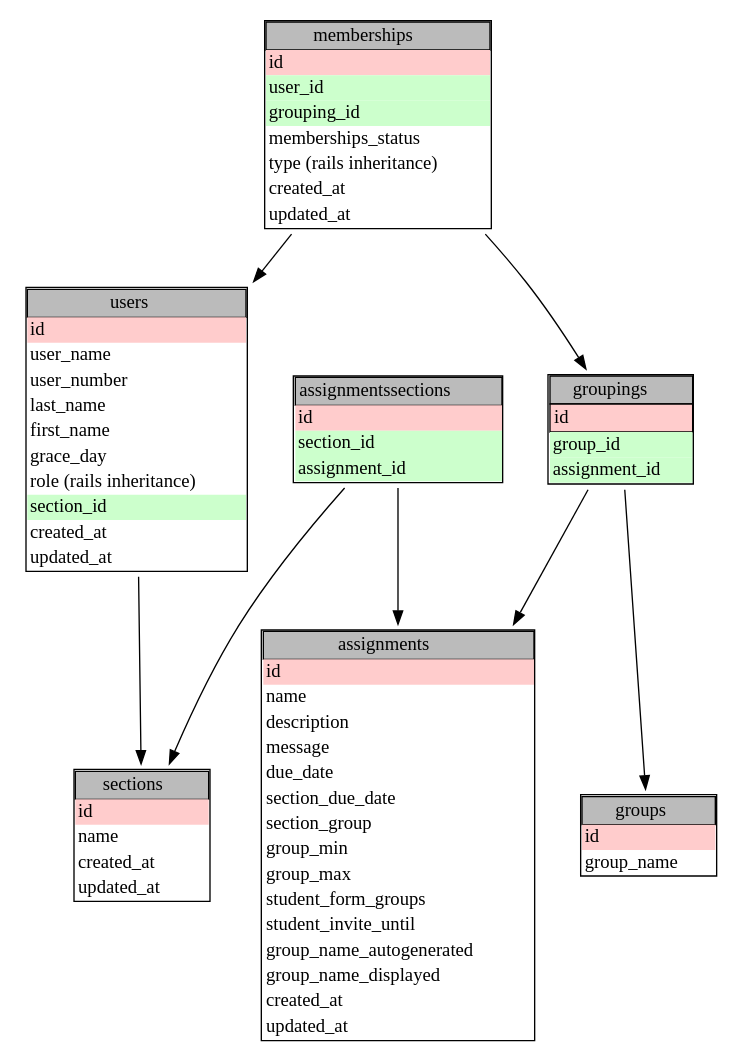
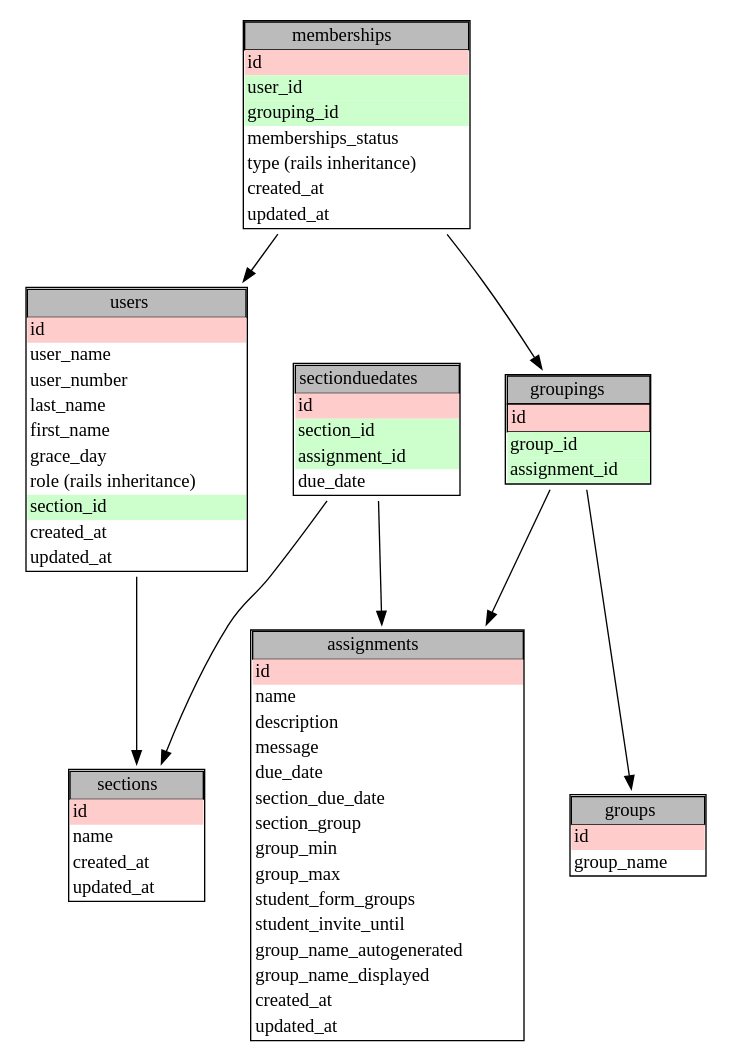
Before and after one commit to cjacques/MarkusReport: the diagram in newSchema.dot, drawn with Graphviz. The commit also changed 3 other files, not shown here.

```diff
--- a/newSchema.dot
+++ b/newSchema.dot
@@ -1,91 +1,92 @@
 digraph G {
    groupings -> groups; 
    groupings -> assignments;
    memberships -> groupings;
    memberships -> users;
    users -> sections;
-   assignmentssections -> assignments;
-   assignmentssections -> sections;
+   sectionduedates -> assignments;
+   sectionduedates -> sections;
 
    sections [url="" label = <<table border="1" cellborder="0"
    cellspacing="0" width="100">
    <tr><td border="1" bgcolor="#bbbbbb" width="100">sections</td></tr>
    <tr><td width="100" bgcolor="#ffcccc" align="left">id</td></tr>
    <tr><td width="100" align="left">name</td></tr>
    <tr><td width="100" align="left">created_at</td></tr>
    <tr><td width="100" align="left">updated_at</td></tr>
    </table>> shape = "plaintext" ];
 
-   assignmentssections [url="" label = <<table border="1" cellborder="0"
+   sectionduedates [url="" label = <<table border="1" cellborder="0"
    cellspacing="0" width="100">
-   <tr><td border="1" bgcolor="#bbbbbb" width="100">assignmentssections</td></tr>
+   <tr><td border="1" bgcolor="#bbbbbb" width="100">sectionduedates</td></tr>
    <tr><td width="100" bgcolor="#ffcccc" align="left">id</td></tr>
    <tr><td width="100" bgcolor="#ccffcc" align="left">section_id</td></tr>
    <tr><td width="100" bgcolor="#ccffcc" align="left">assignment_id</td></tr>
+   <tr><td width="100" align="left">due_date</td></tr>
    </table>> shape = "plaintext" ];
   
    assignments [url="" label = <<table border="1" cellborder="0"
    cellspacing="0" width="100">
    <tr><td border="1" bgcolor="#bbbbbb" width="100">assignments</td></tr>
    <tr><td width="100" bgcolor="#ffcccc" align="left">id</td></tr>
    <tr><td width="100" align="left">name</td></tr>
    <tr><td width="100" align="left">description</td></tr>
    <tr><td width="100" align="left">message</td></tr>
    <tr><td width="100" align="left">due_date</td></tr>
    <tr><td width="100" align="left">section_due_date</td></tr>
    <tr><td width="100" align="left">section_group</td></tr>
    <tr><td width="100" align="left">group_min</td></tr>
    <tr><td width="100" align="left">group_max</td></tr>
    <tr><td width="100" align="left">student_form_groups</td></tr>
    <tr><td width="100" align="left">student_invite_until</td></tr>
    <tr><td width="100" align="left">group_name_autogenerated</td></tr>
    <tr><td width="100" align="left">group_name_displayed</td></tr>
    <tr><td width="100" align="left">created_at</td></tr>
    <tr><td width="100" align="left">updated_at</td></tr>
    </table>> shape = "plaintext" ];
 
    groups [url="" label = <<table border="1" cellborder="0"
    cellspacing="0" width="100">
    <tr><td border="1" bgcolor="#bbbbbb" width="100">groups</td></tr>
    <tr><td width="100" bgcolor="#ffcccc" align="left">id</td></tr> 
    <tr><td width="100" align="left">group_name</td></tr>
    </table>> shape = "plaintext" ];
 
    memberships [url="" label = <<table border="1" cellborder="0"
    cellspacing="0" width="100">
    <tr><td border="1" bgcolor="#bbbbbb" width="100">memberships</td></tr>
    <tr><td width="100" bgcolor="#ffcccc" align="left">id</td></tr>
    <tr><td width="100" bgcolor="#ccffcc" align="left">user_id</td></tr>
    <tr><td width="100" bgcolor="#ccffcc" align="left">grouping_id</td></tr>
    <tr><td width="100" align="left">memberships_status</td></tr>
    <tr><td width="100" align="left">type (rails inheritance)</td></tr>
    <tr><td width="100" align="left">created_at</td></tr>
    <tr><td width="100" align="left">updated_at</td></tr>
    </table>> shape = "plaintext" ];
 
    users [url="" label = <<table border="1" cellborder="0"
    cellspacing="0" width="100">
    <tr><td border="1" bgcolor="#bbbbbb" width="100">users</td></tr>
    <tr><td width="100" bgcolor="#ffcccc" align="left">id</td></tr>
    <tr><td width="100" align="left">user_name</td></tr>
    <tr><td width="100" align="left">user_number</td></tr>
    <tr><td width="100" align="left">last_name</td></tr>
    <tr><td width="100" align="left">first_name</td></tr>
    <tr><td width="100" align="left">grace_day</td></tr>
    <tr><td width="100" align="left">role (rails inheritance)</td></tr>
    <tr><td width="100" bgcolor="#ccffcc" align="left">section_id</td></tr>
    <tr><td width="100" align="left">created_at</td></tr>
    <tr><td width="100" align="left">updated_at</td></tr>
    </table>> shape = "plaintext" ];
 
    groupings [url="" label = <<table border="1" cellborder="0"
    cellspacing="0" width="100">
    <tr><td border="1" bgcolor="#bbbbbb" width="100">groupings</td></tr>
    <tr><td border="1" bgcolor="#ffcccc" width="100" align="left">id</td></tr>
    <tr><td width="100" bgcolor="#ccffcc" align="left">group_id</td></tr>
    <tr><td width="100" align="left" bgcolor="#ccffcc">assignment_id</td></tr>
    </table>> shape = "plaintext" ];
 
 
 
 }
```
